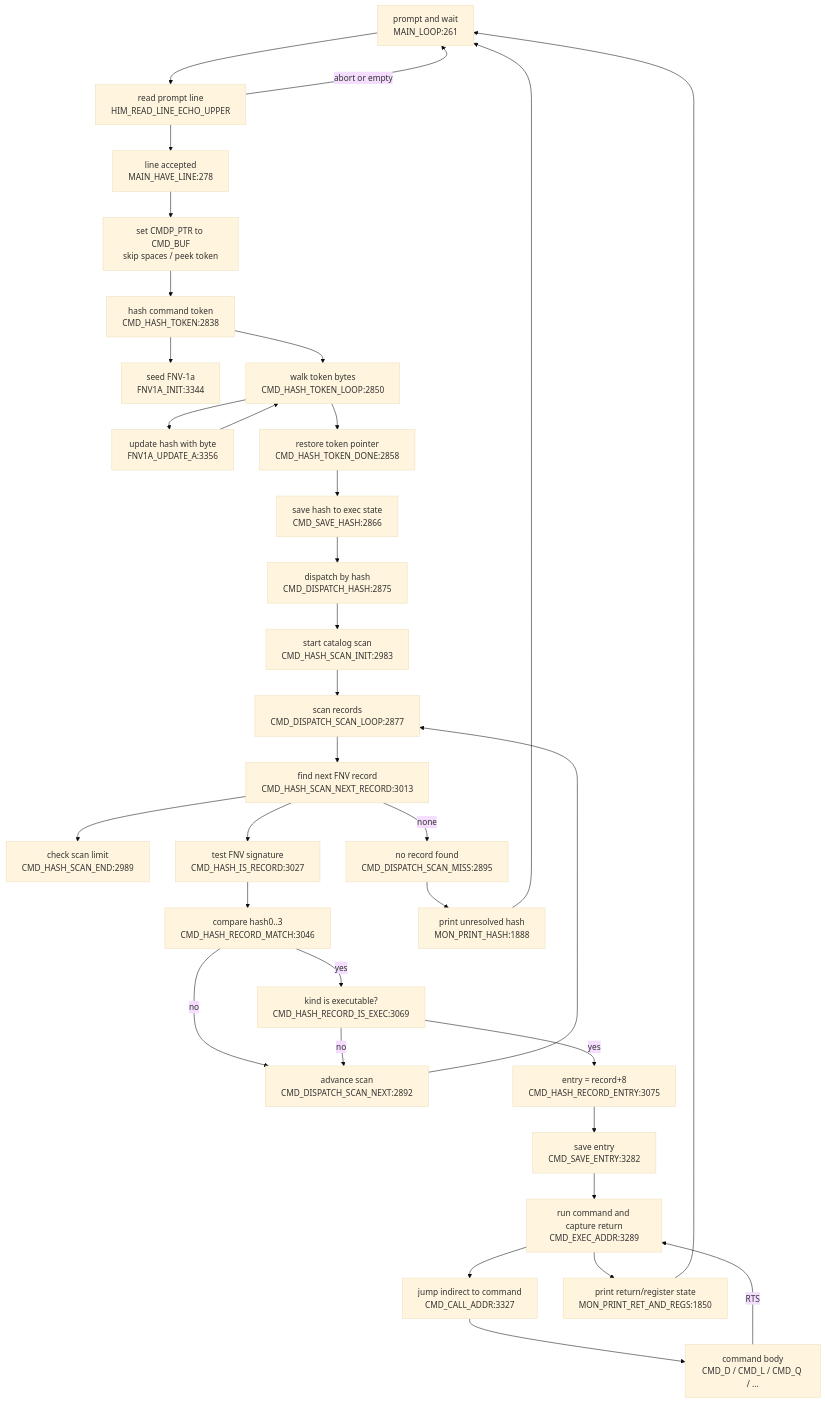
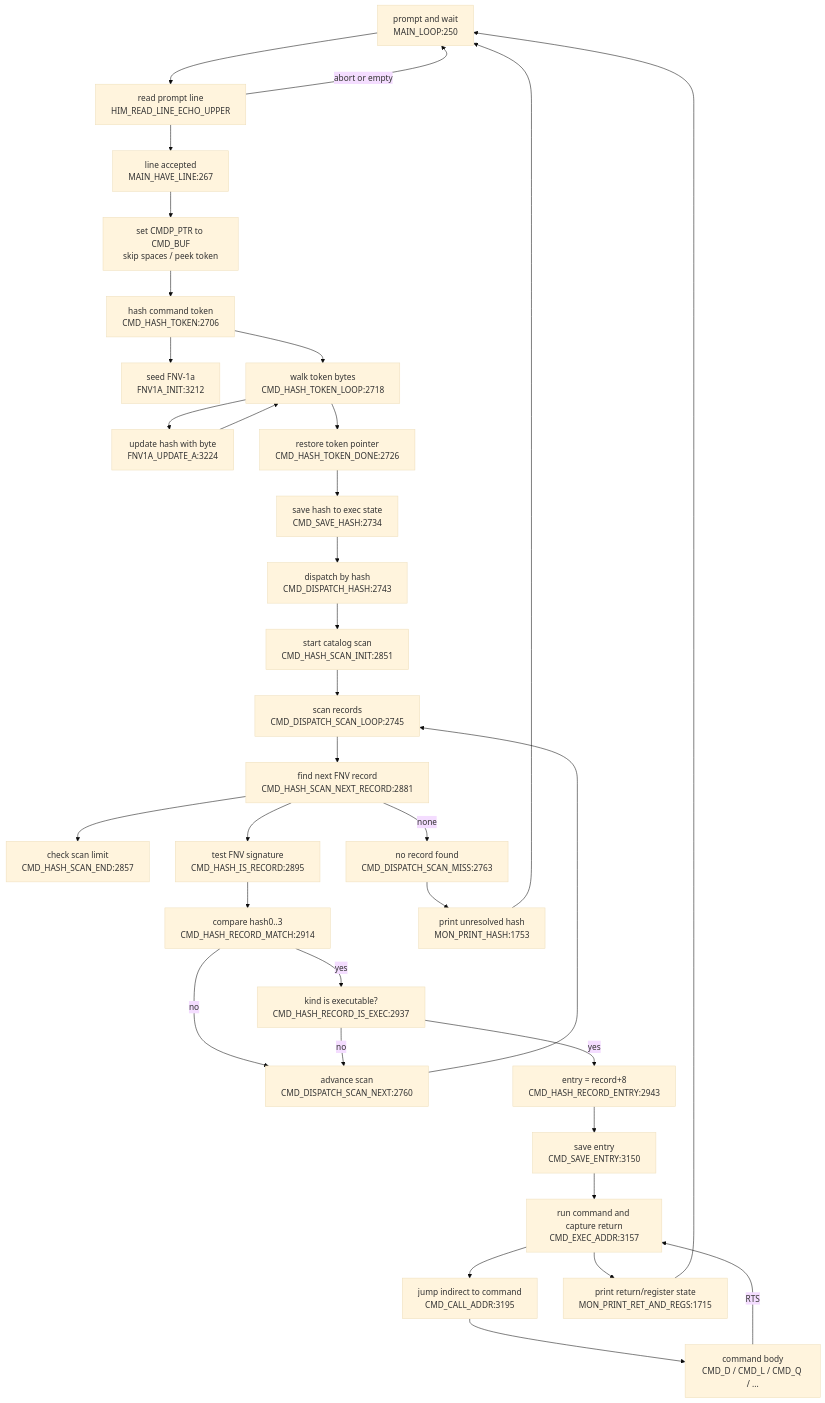
Before and after one commit to 95westus/R-YORS: the diagram in DOC/GENERATED/CMD_FLOW_MAP.md, drawn with Mermaid (base theme). The commit also changed other lines of this file and 26 other files, not shown here.

````diff
--- a/DOC/GENERATED/CMD_FLOW_MAP.md
+++ b/DOC/GENERATED/CMD_FLOW_MAP.md
@@ -10,36 +10,36 @@
 ```mermaid
 flowchart TD
-    LOOP["prompt and wait<br/>MAIN_LOOP:261"] --> READ["read prompt line<br/>HIM_READ_LINE_ECHO_UPPER"]
-    READ --> HAVE["line accepted<br/>MAIN_HAVE_LINE:278"]
+    LOOP["prompt and wait<br/>MAIN_LOOP:250"] --> READ["read prompt line<br/>HIM_READ_LINE_ECHO_UPPER"]
+    READ --> HAVE["line accepted<br/>MAIN_HAVE_LINE:267"]
     READ -->|abort or empty| LOOP
     HAVE --> PREP["set CMDP_PTR to CMD_BUF<br/>skip spaces / peek token"]
-    PREP --> HASH["hash command token<br/>CMD_HASH_TOKEN:2838"]
-    HASH --> FNVINIT["seed FNV-1a<br/>FNV1A_INIT:3344"]
-    HASH --> HASHLOOP["walk token bytes<br/>CMD_HASH_TOKEN_LOOP:2850"]
-    HASHLOOP --> UPDATE["update hash with byte<br/>FNV1A_UPDATE_A:3356"]
+    PREP --> HASH["hash command token<br/>CMD_HASH_TOKEN:2706"]
+    HASH --> FNVINIT["seed FNV-1a<br/>FNV1A_INIT:3212"]
+    HASH --> HASHLOOP["walk token bytes<br/>CMD_HASH_TOKEN_LOOP:2718"]
+    HASHLOOP --> UPDATE["update hash with byte<br/>FNV1A_UPDATE_A:3224"]
     UPDATE --> HASHLOOP
-    HASHLOOP --> DONE["restore token pointer<br/>CMD_HASH_TOKEN_DONE:2858"]
-    DONE --> SAVEHASH["save hash to exec state<br/>CMD_SAVE_HASH:2866"]
-    SAVEHASH --> DISPATCH["dispatch by hash<br/>CMD_DISPATCH_HASH:2875"]
-    DISPATCH --> SCANINIT["start catalog scan<br/>CMD_HASH_SCAN_INIT:2983"]
-    SCANINIT --> SCANLOOP["scan records<br/>CMD_DISPATCH_SCAN_LOOP:2877"]
-    SCANLOOP --> NEXTREC["find next FNV record<br/>CMD_HASH_SCAN_NEXT_RECORD:3013"]
-    NEXTREC --> ENDCHK["check scan limit<br/>CMD_HASH_SCAN_END:2989"]
-    NEXTREC --> ISREC["test FNV signature<br/>CMD_HASH_IS_RECORD:3027"]
-    NEXTREC -->|none| MISS["no record found<br/>CMD_DISPATCH_SCAN_MISS:2895"]
-    ISREC --> MATCH["compare hash0..3<br/>CMD_HASH_RECORD_MATCH:3046"]
-    MATCH -->|no| ADV["advance scan<br/>CMD_DISPATCH_SCAN_NEXT:2892"]
+    HASHLOOP --> DONE["restore token pointer<br/>CMD_HASH_TOKEN_DONE:2726"]
+    DONE --> SAVEHASH["save hash to exec state<br/>CMD_SAVE_HASH:2734"]
+    SAVEHASH --> DISPATCH["dispatch by hash<br/>CMD_DISPATCH_HASH:2743"]
+    DISPATCH --> SCANINIT["start catalog scan<br/>CMD_HASH_SCAN_INIT:2851"]
+    SCANINIT --> SCANLOOP["scan records<br/>CMD_DISPATCH_SCAN_LOOP:2745"]
+    SCANLOOP --> NEXTREC["find next FNV record<br/>CMD_HASH_SCAN_NEXT_RECORD:2881"]
+    NEXTREC --> ENDCHK["check scan limit<br/>CMD_HASH_SCAN_END:2857"]
+    NEXTREC --> ISREC["test FNV signature<br/>CMD_HASH_IS_RECORD:2895"]
+    NEXTREC -->|none| MISS["no record found<br/>CMD_DISPATCH_SCAN_MISS:2763"]
+    ISREC --> MATCH["compare hash0..3<br/>CMD_HASH_RECORD_MATCH:2914"]
+    MATCH -->|no| ADV["advance scan<br/>CMD_DISPATCH_SCAN_NEXT:2760"]
     ADV --> SCANLOOP
-    MATCH -->|yes| EXECOK["kind is executable?<br/>CMD_HASH_RECORD_IS_EXEC:3069"]
+    MATCH -->|yes| EXECOK["kind is executable?<br/>CMD_HASH_RECORD_IS_EXEC:2937"]
     EXECOK -->|no| ADV
-    EXECOK -->|yes| ENTRY["entry = record+8<br/>CMD_HASH_RECORD_ENTRY:3075"]
-    ENTRY --> SAVEENTRY["save entry<br/>CMD_SAVE_ENTRY:3282"]
-    SAVEENTRY --> RUN["run command and capture return<br/>CMD_EXEC_ADDR:3289"]
-    RUN --> CALL["jump indirect to command<br/>CMD_CALL_ADDR:3327"]
+    EXECOK -->|yes| ENTRY["entry = record+8<br/>CMD_HASH_RECORD_ENTRY:2943"]
+    ENTRY --> SAVEENTRY["save entry<br/>CMD_SAVE_ENTRY:3150"]
+    SAVEENTRY --> RUN["run command and capture return<br/>CMD_EXEC_ADDR:3157"]
+    RUN --> CALL["jump indirect to command<br/>CMD_CALL_ADDR:3195"]
     CALL --> BODY["command body<br/>CMD_D / CMD_L / CMD_Q / ..."]
     BODY -->|RTS| RUN
-    RUN --> RETPRINT["print return/register state<br/>MON_PRINT_RET_AND_REGS:1850"]
+    RUN --> RETPRINT["print return/register state<br/>MON_PRINT_RET_AND_REGS:1715"]
     RETPRINT --> LOOP
-    MISS --> PRHASH["print unresolved hash<br/>MON_PRINT_HASH:1888"]
+    MISS --> PRHASH["print unresolved hash<br/>MON_PRINT_HASH:1753"]
     PRHASH --> LOOP
 ```
````
